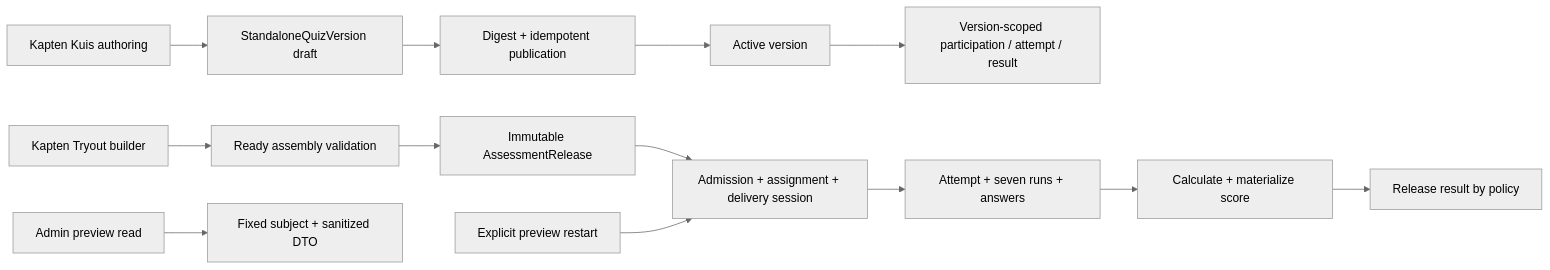
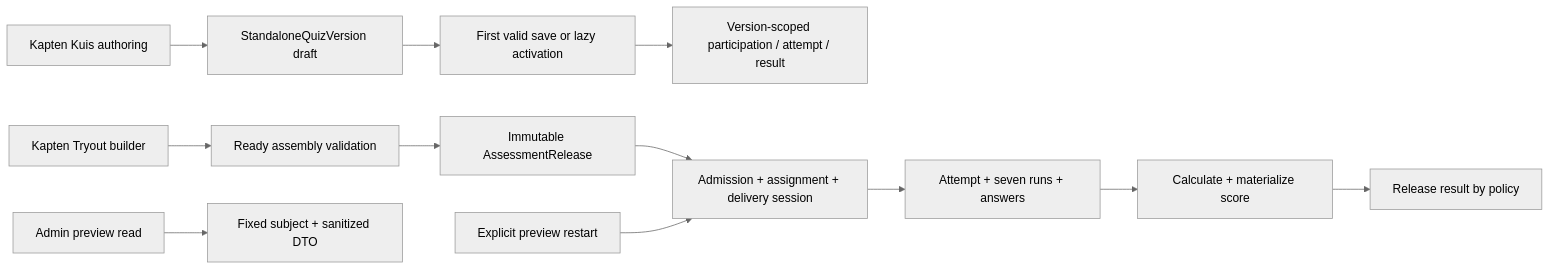
The diagram in docs/wiki/assessment-lifecycle.md (crlnravel/vecalss-app), drawn with Mermaid (neutral theme) before and after one commit. The commit also changed other lines of this file and 140 other files, not shown here.

````diff
--- a/docs/wiki/assessment-lifecycle.md
+++ b/docs/wiki/assessment-lifecycle.md
@@ -9,17 +9,16 @@
 ```mermaid
 flowchart LR
     KuisAuthor[Kapten Kuis authoring] --> KuisDraft[StandaloneQuizVersion draft]
-    KuisDraft --> KuisPublish[Digest + idempotent publication]
-    KuisPublish --> KuisActive[Active version]
+    KuisDraft --> KuisActive[First valid save or lazy activation]
     KuisActive --> KuisLearner[Version-scoped participation / attempt / result]
 
     TryoutAuthor[Kapten Tryout builder] --> Assembly[Ready assembly validation]
     Assembly --> Release[Immutable AssessmentRelease]
     Release --> Delivery[Admission + assignment + delivery session]
     Delivery --> Attempt[Attempt + seven runs + answers]
     Attempt --> Score[Calculate + materialize score]
     Score --> Result[Release result by policy]
 
     PreviewRead[Admin preview read] --> PreviewDTO[Fixed subject + sanitized DTO]
     PreviewRestart[Explicit preview restart] --> Delivery
 ```
````
